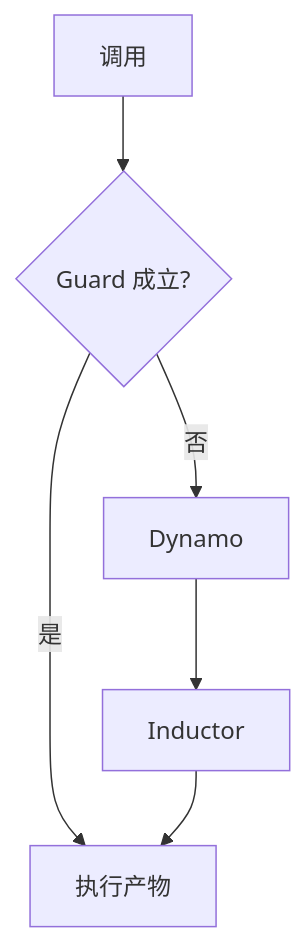
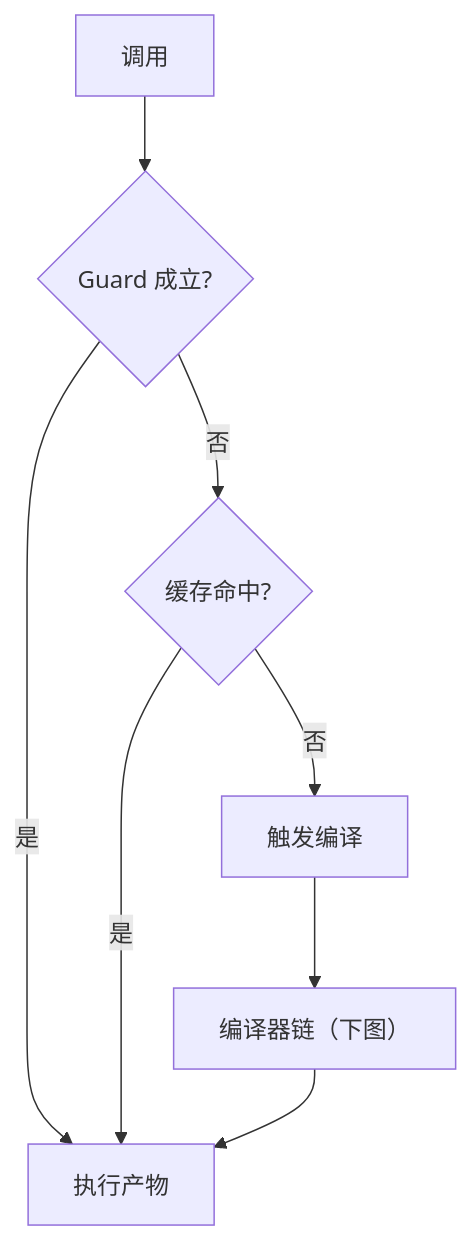
One commit to arganzheng/arganzheng.github.com changed the sixth of 8 diagrams in slides/2026-02-26-deep-dive-into-pytorch.md. Above: the diagram before and after it, drawn with Mermaid. The commit also changed other lines of this file, not shown here.

Commit message:
slides/deep-dive-into-pytorch: restore dropped mermaid nodes/branches (semantic audit) — split long flows to v sub-slides

````diff
--- a/slides/2026-02-26-deep-dive-into-pytorch.md
+++ b/slides/2026-02-26-deep-dive-into-pytorch.md
@@ -232,6 +232,8 @@
 ```mermaid
 %%{init: {"flowchart": {"wrappingWidth": 170}}}%%
 flowchart TB
     CALL["调用"] --> GD{"Guard 成立?"} -->|是| RUN["执行产物"]
-    GD -->|否| DY["Dynamo"] --> IND["Inductor"] --> RUN
+    GD -->|否| CA{"缓存命中?"} -->|是| RUN
+    CA -->|否| TRIG["触发编译"] --> DY["编译器链（下图）"]
+    DY --> RUN
 ```
````
